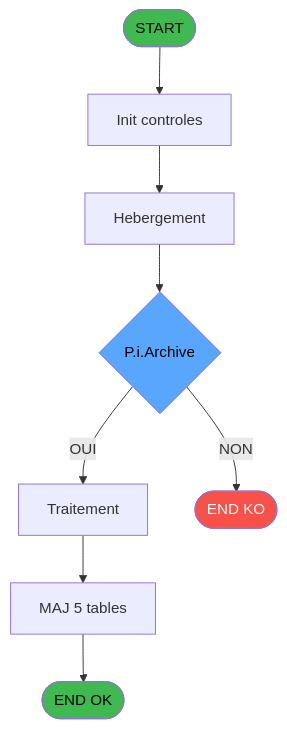
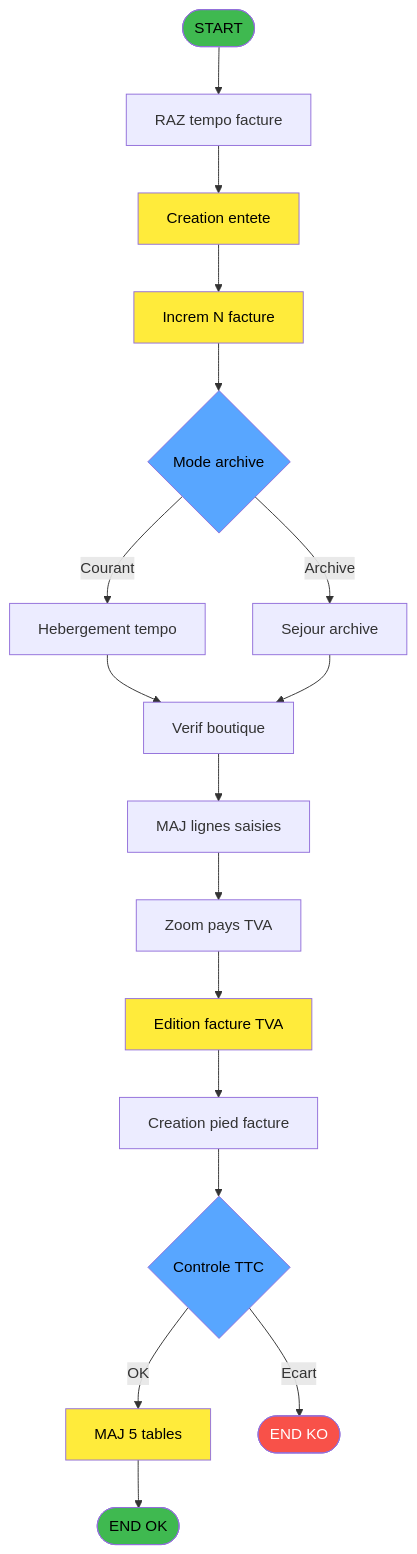
One commit to thonyAGP/lecteur-magic changed the second of 4 diagrams in .openspec/specs/ADH-IDE-97.md. Above: the diagram before and after it, drawn with Mermaid. The commit also changed other lines of this file and 18 other files, not shown here.

````diff
--- a/.openspec/specs/ADH-IDE-97.md
+++ b/.openspec/specs/ADH-IDE-97.md
@@ -2358,21 +2415,46 @@
 ```mermaid
 flowchart TD
     START([START])
-    INIT[Init controles]
-    SAISIE[Hebergement]
-    DECISION{P.i.Archive}
-    PROCESS[Traitement]
-    UPDATE[MAJ 5 tables]
+    RAZ[RAZ tempo facture]
+    ENTETE[Creation entete]
+    NUMFACT[Increm N facture]
+    ARCHIV{Mode archive}
+    HEBERG[Hebergement tempo]
+    SEJARCH[Sejour archive]
+    VERIFBT[Verif boutique]
+    MAJLIG[MAJ lignes saisies]
+    ZOOMTVA[Zoom pays TVA]
+    EDITFACT[Edition facture TVA]
+    PIED[Creation pied facture]
+    CTRLTTC{Controle TTC}
+    WRITE[MAJ 5 tables]
     ENDOK([END OK])
     ENDKO([END KO])
 
-    START --> INIT --> SAISIE --> DECISION
-    DECISION -->|OUI| PROCESS
-    DECISION -->|NON| ENDKO
-    PROCESS --> UPDATE --> ENDOK
+    START --> RAZ
+    RAZ --> ENTETE
+    ENTETE --> NUMFACT
+    NUMFACT --> ARCHIV
+    ARCHIV -->|Courant| HEBERG
+    ARCHIV -->|Archive| SEJARCH
+    HEBERG --> VERIFBT
+    SEJARCH --> VERIFBT
+    VERIFBT --> MAJLIG
+    MAJLIG --> ZOOMTVA
+    ZOOMTVA --> EDITFACT
+    EDITFACT --> PIED
+    PIED --> CTRLTTC
+    CTRLTTC -->|OK| WRITE
+    CTRLTTC -->|Ecart| ENDKO
+    WRITE --> ENDOK
 
     style START fill:#3fb950,color:#000
     style ENDOK fill:#3fb950,color:#000
     style ENDKO fill:#f85149,color:#fff
-    style DECISION fill:#58a6ff,color:#000
+    style ARCHIV fill:#58a6ff,color:#000
+    style CTRLTTC fill:#58a6ff,color:#000
+    style ENTETE fill:#ffeb3b,color:#000
+    style NUMFACT fill:#ffeb3b,color:#000
+    style EDITFACT fill:#ffeb3b,color:#000
+    style WRITE fill:#ffeb3b,color:#000
 ```
````
